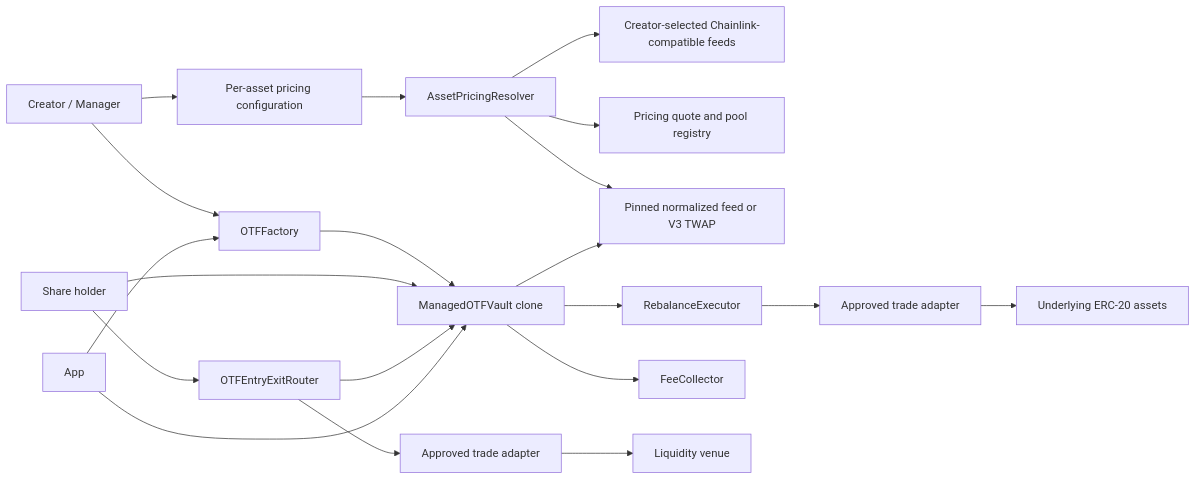
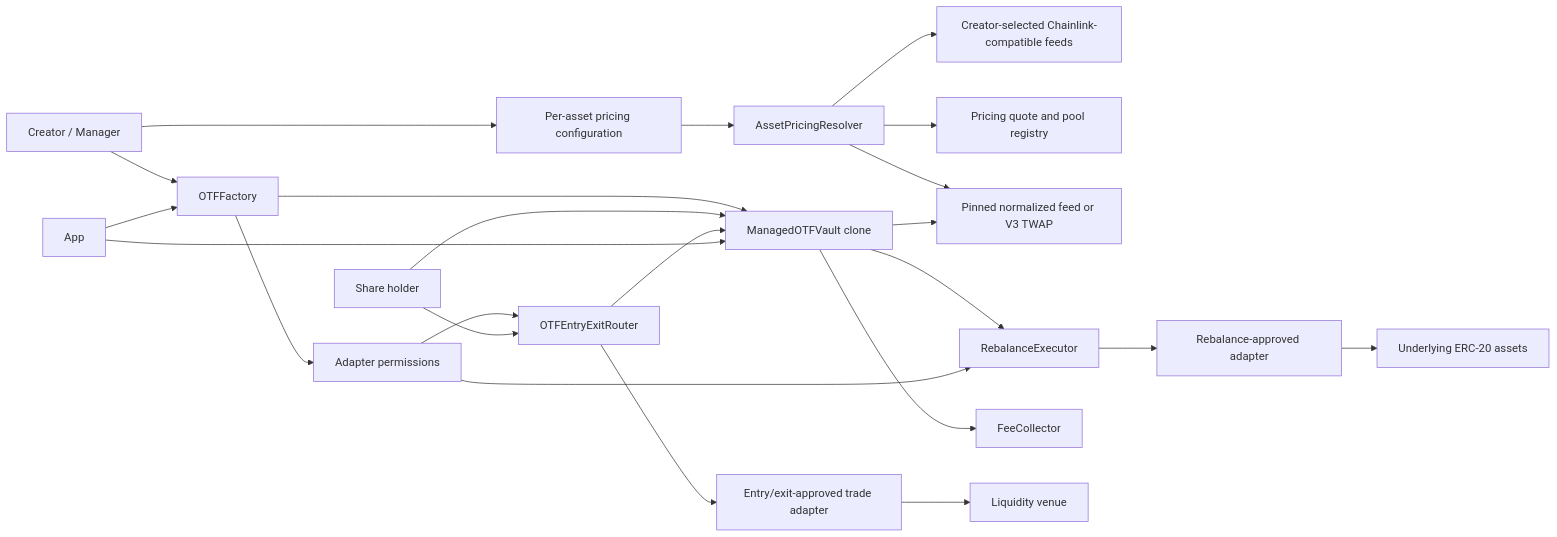
Before and after one commit to han1ue/onchaintradedfunds: the diagram in README.md, drawn with Mermaid. The commit also changed other lines of this file and 23 other files, not shown here.

Commit message:
Centralize adapter permissions in factory

````diff
--- a/README.md
+++ b/README.md
@@ -68,22 +68,25 @@
 ```mermaid
 flowchart LR
   Creator[Creator / Manager] --> Factory[OTFFactory]
   Factory --> Clone[ManagedOTFVault clone]
   Creator --> Config[Per-asset pricing configuration]
   Config --> Resolver[AssetPricingResolver]
   Resolver --> Feeds[Creator-selected Chainlink-compatible feeds]
   Resolver --> V3Registry[Pricing quote and pool registry]
   Resolver --> Pinned[Pinned normalized feed or V3 TWAP]
   Clone --> Pinned
   Clone --> Executor[RebalanceExecutor]
-  Executor --> Adapter[Approved trade adapter]
+  Factory --> Registry[Adapter permissions]
+  Registry --> Executor
+  Registry --> EntryRouter
+  Executor --> Adapter[Rebalance-approved adapter]
   Adapter --> Tokens[Underlying ERC-20 assets]
   Clone --> Collector[FeeCollector]
   User[Share holder] --> Clone
   User --> EntryRouter[OTFEntryExitRouter]
-  EntryRouter --> TradeAdapter[Approved trade adapter]
+  EntryRouter --> TradeAdapter[Entry/exit-approved trade adapter]
   TradeAdapter --> Liquidity[Liquidity venue]
   EntryRouter --> Clone
   App --> Factory
   App --> Clone
 ```
````
